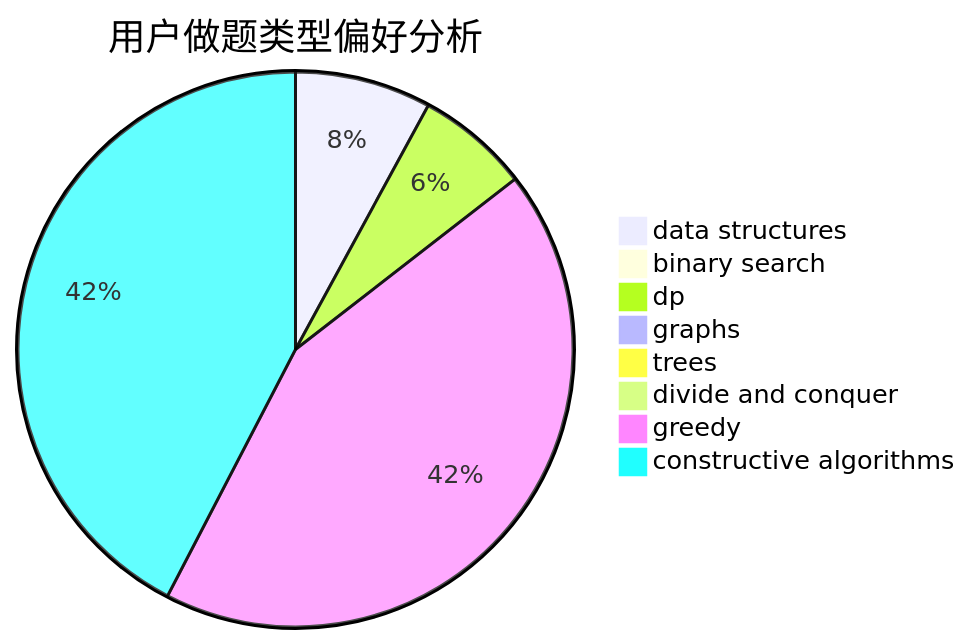
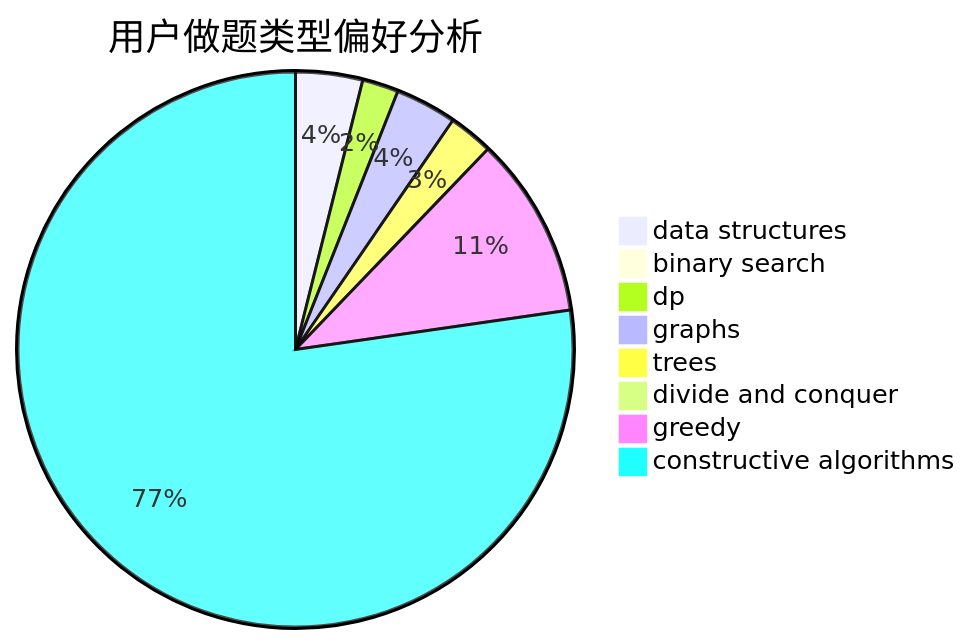
Before and after one commit to sherpahu/cfrs.github.io: the second of 3 diagrams in docs/user/u513.md, drawn with Mermaid. The commit also changed other lines of this file and 2770 other files, not shown here.

````diff
--- a/docs/user/u513.md
+++ b/docs/user/u513.md
@@ -23,11 +23,11 @@
 ```mermaid
 pie title 用户做题类型偏好分析
-    "data structures" :  64
-    "binary search" :  5
-    "dp" :  53
-    "graphs" :  5
-    "trees" :  7
+    "data structures" :  24
+    "binary search" :  3
+    "dp" :  13
+    "graphs" :  22
+    "trees" :  16
     "divide and conquer" :  0
-    "greedy" :  348
-    "constructive algorithms" :  342
+    "greedy" :  65
+    "constructive algorithms" :  476
 ```
````
